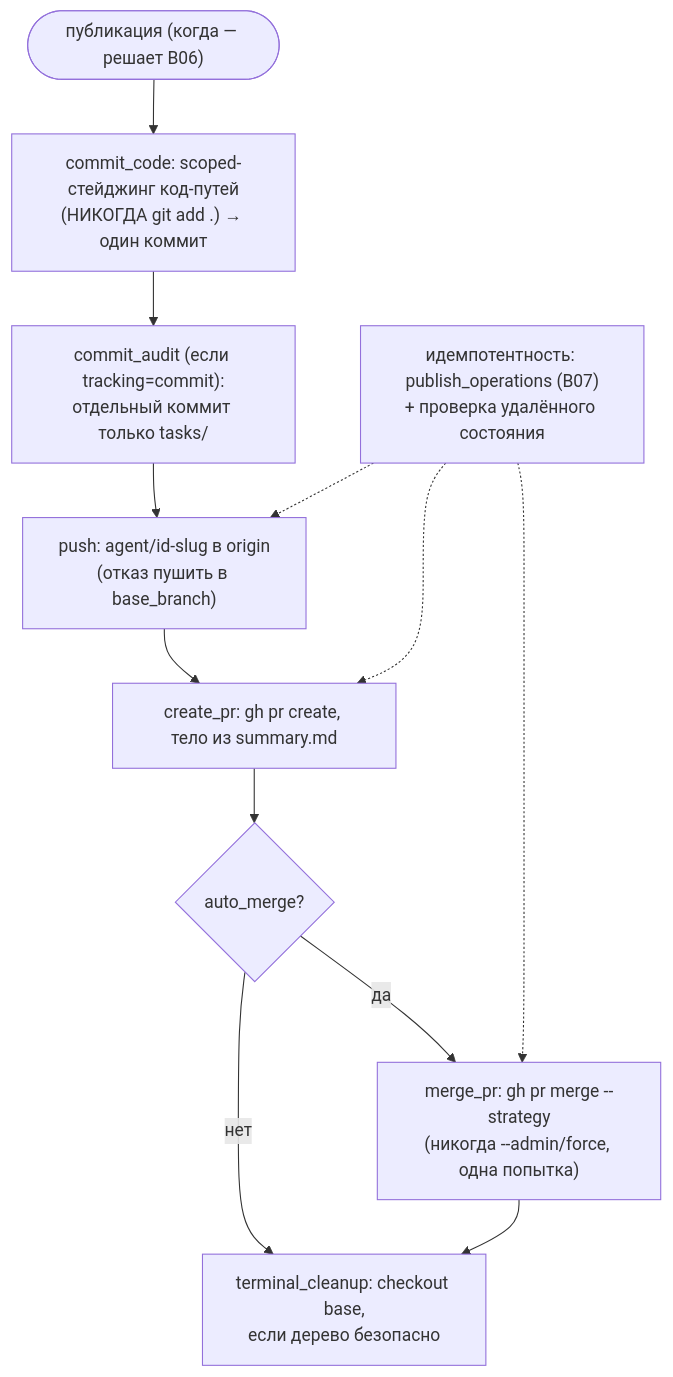
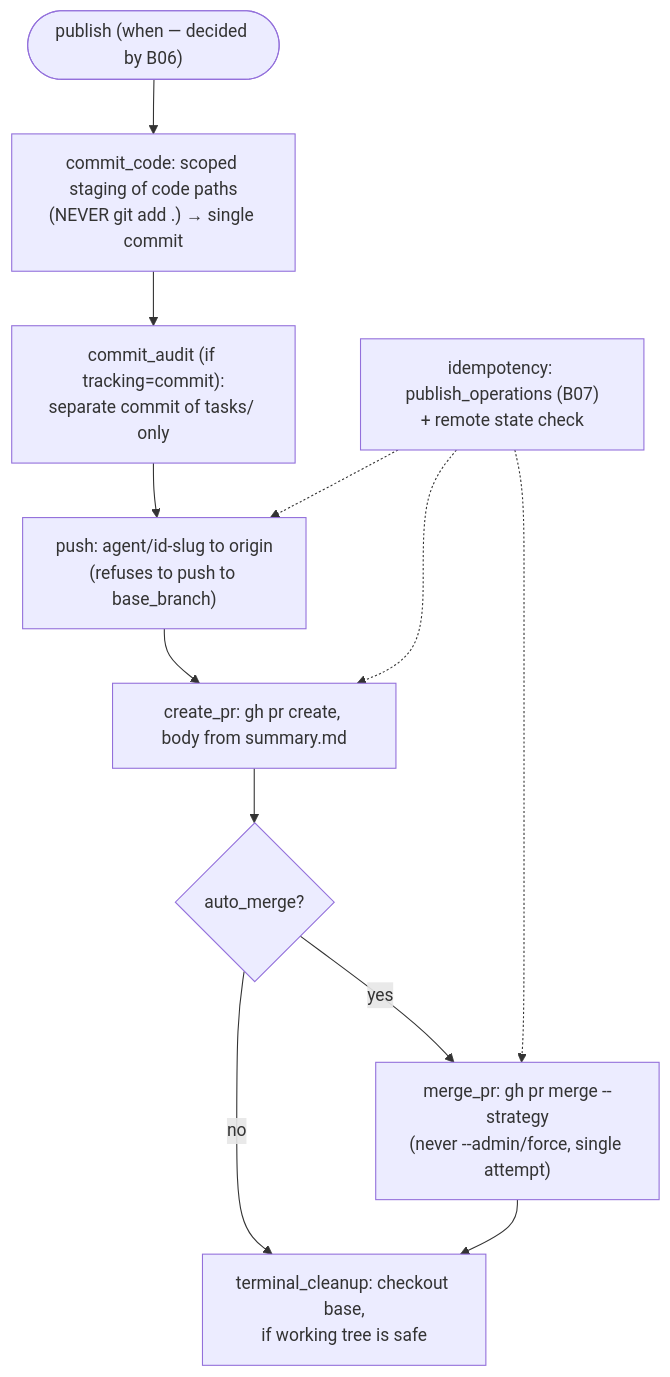
One commit to VladimirMakarevich/wastech-orchestrator changed the diagram in docs/functional/blocks/B22-git-manager.md. Above: the diagram before and after it, drawn with Mermaid. The commit also changed other lines of this file and 41 other files, not shown here.

Commit message:
docs: translate system flows documentation from Russian to English, ensuring clarity and consistency in terminology. Update sequence diagrams and flowcharts to reflect the changes in language. Maintain the structure and references to blocks for ease of navigation.

````diff
--- a/docs/functional/blocks/B22-git-manager.md
+++ b/docs/functional/blocks/B22-git-manager.md
@@ -54,14 +54,14 @@
 ```mermaid
 flowchart TB
-    start(["публикация (когда — решает B06)"]) --> cc["commit_code: scoped-стейджинг код-путей<br/>(НИКОГДА git add .) → один коммит"]
-    cc --> ca["commit_audit (если tracking=commit):<br/>отдельный коммит только tasks/"]
-    ca --> push["push: agent/id-slug в origin<br/>(отказ пушить в base_branch)"]
-    push --> pr["create_pr: gh pr create, тело из summary.md"]
+    start(["publish (when — decided by B06)"]) --> cc["commit_code: scoped staging of code paths<br/>(NEVER git add .) → single commit"]
+    cc --> ca["commit_audit (if tracking=commit):<br/>separate commit of tasks/ only"]
+    ca --> push["push: agent/id-slug to origin<br/>(refuses to push to base_branch)"]
+    push --> pr["create_pr: gh pr create, body from summary.md"]
     pr --> mg{"auto_merge?"}
-    mg -->|да| merge["merge_pr: gh pr merge --strategy<br/>(никогда --admin/force, одна попытка)"]
-    mg -->|нет| clean
-    merge --> clean["terminal_cleanup: checkout base,<br/>если дерево безопасно"]
-    idem["идемпотентность: publish_operations (B07)<br/>+ проверка удалённого состояния"] -.-> push
+    mg -->|yes| merge["merge_pr: gh pr merge --strategy<br/>(never --admin/force, single attempt)"]
+    mg -->|no| clean
+    merge --> clean["terminal_cleanup: checkout base,<br/>if working tree is safe"]
+    idem["idempotency: publish_operations (B07)<br/>+ remote state check"] -.-> push
     idem -.-> pr
     idem -.-> merge
 ```
````
